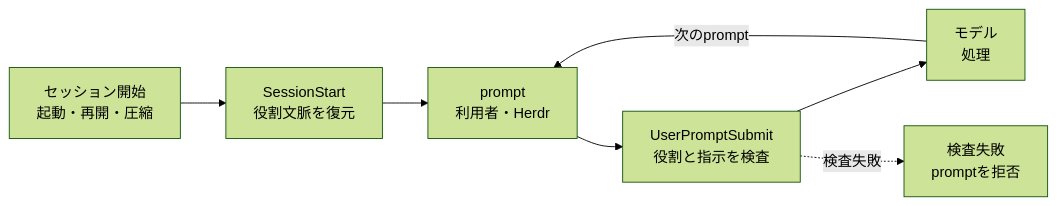
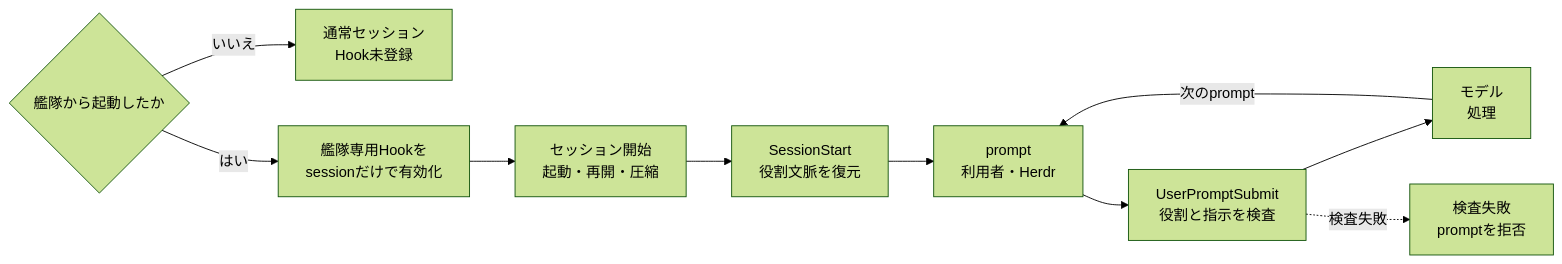
Before and after one commit to nakamori-naoya/agent-fleet-plugins: the first of 3 diagrams in docs/2026-09-01-エージェント艦隊-役割Hookの実行契機と責務.md, drawn with Mermaid (forest theme). The commit also changed other lines of this file and 17 other files, not shown here.

````diff
--- a/docs/2026-09-01-エージェント艦隊-役割Hookの実行契機と責務.md
+++ b/docs/2026-09-01-エージェント艦隊-役割Hookの実行契機と責務.md
@@ -28,16 +28,20 @@
 ```mermaid
 flowchart LR
+    Launch{"艦隊から起動したか"}
+    Normal["通常セッション<br/>Hook未登録"]
+    Enable["艦隊専用Hookを<br/>sessionだけで有効化"]
     Start["セッション開始<br/>起動・再開・圧縮"]
     Session["SessionStart<br/>役割文脈を復元"]
     Prompt["prompt<br/>利用者・Herdr"]
     Submit["UserPromptSubmit<br/>役割と指示を検査"]
     Model["モデル<br/>処理"]
     Reject["検査失敗<br/>promptを拒否"]
 
-    Start --> Session
+    Launch -->|いいえ| Normal
+    Launch -->|はい| Enable --> Start --> Session
     Session --> Prompt
     Prompt --> Submit
     Submit --> Model
     Model -->|次のprompt| Prompt
     Submit -.->|検査失敗| Reject
 ```
````
